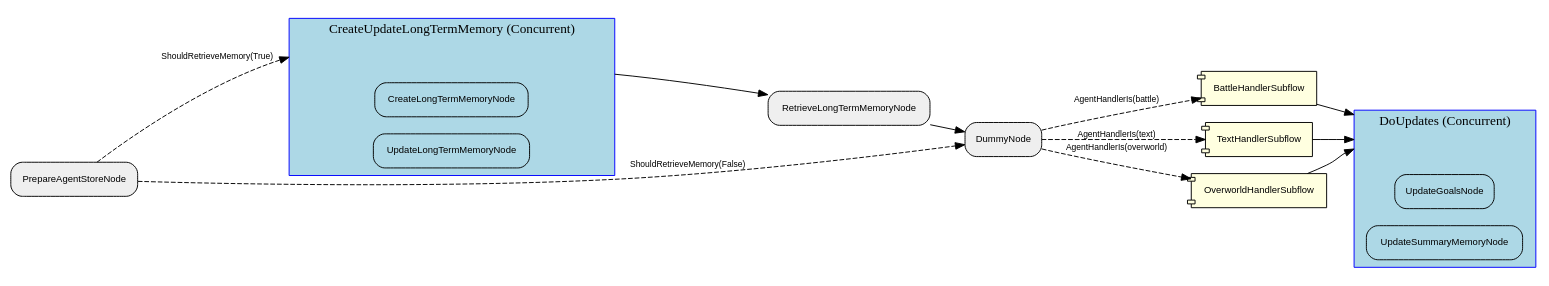
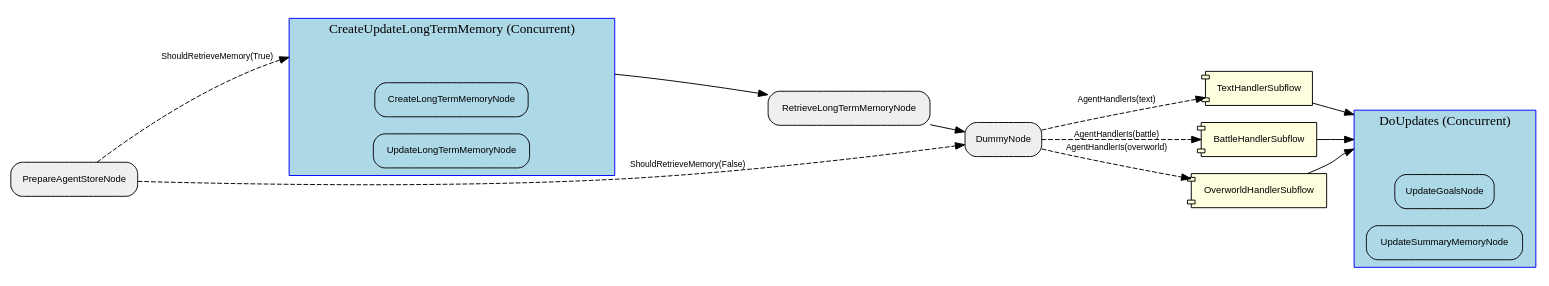
Before and after one commit to clambro/ai-plays-pokemon: the diagram in visualization/agent_graph/Graph.dot, drawn with Graphviz. The commit also changed 21 other files, not shown here.

```diff
--- a/visualization/agent_graph/Graph.dot
+++ b/visualization/agent_graph/Graph.dot
@@ -1,44 +1,44 @@
 digraph "G" {
   rankdir=LR;
   compound=true;
   node [shape=box, style="rounded,filled", fillcolor="#EFEFEF", fontname="Helvetica", fontsize=10];
   edge [fontname="Helvetica", fontsize=9];
-  subgraph "cluster_1XstHVdUO9Z0VeEolFwc2" {
+  subgraph "cluster_yr0N3b419Lz5syolfQg82" {
     label="DoUpdates (Concurrent)";
     style="filled"; fillcolor="lightblue"; color="blue";
     node [fillcolor="lightblue", style="filled,rounded"];
-    "1XstHVdUO9Z0VeEolFwc2__entry" [label="", shape=point, width=0.01, style=invis];
-    "1XstHVdUO9Z0VeEolFwc2__exit"  [label="", shape=point, width=0.01, style=invis];
-    X06oYKx1sQJd1b00PXtzh [label="UpdateGoalsNode"];
-    ekrx8zmjMhGfEJwLFrxTa [label="UpdateSummaryMemoryNode"];
+    "yr0N3b419Lz5syolfQg82__entry" [label="", shape=point, width=0.01, style=invis];
+    "yr0N3b419Lz5syolfQg82__exit"  [label="", shape=point, width=0.01, style=invis];
+    JqnAI7C8dToOK1fTL5eZo [label="UpdateGoalsNode"];
+    "6ozgL30RaPGuxezzRLGLi" [label="UpdateSummaryMemoryNode"];
   }
-  subgraph "cluster_0Ihy6KkLY05xOJNAPJGdP" {
+  subgraph "cluster_HgsX5B4iz7p4IQap4c9br" {
     label="CreateUpdateLongTermMemory (Concurrent)";
     style="filled"; fillcolor="lightblue"; color="blue";
     node [fillcolor="lightblue", style="filled,rounded"];
-    "0Ihy6KkLY05xOJNAPJGdP__entry" [label="", shape=point, width=0.01, style=invis];
-    "0Ihy6KkLY05xOJNAPJGdP__exit"  [label="", shape=point, width=0.01, style=invis];
-    la56P3KDq8T8nWJE01mBK [label="CreateLongTermMemoryNode"];
-    "0cFOgTKE93EloAVyvgHpE" [label="UpdateLongTermMemoryNode"];
+    "HgsX5B4iz7p4IQap4c9br__entry" [label="", shape=point, width=0.01, style=invis];
+    "HgsX5B4iz7p4IQap4c9br__exit"  [label="", shape=point, width=0.01, style=invis];
+    gh62H5SmLv3vY4DktEvdC [label="CreateLongTermMemoryNode"];
+    grWIOyXkE9Wqsh8H3tL78 [label="UpdateLongTermMemoryNode"];
   }
-  eQnKhsyGUSlB4zqJcIvKM [label="DummyNode"];
-  ekrx8zmjMhGfEJwLFrxTa [label="UpdateSummaryMemoryNode"];
-  la56P3KDq8T8nWJE01mBK [label="CreateLongTermMemoryNode"];
-  "6SefxfRRuhdSvgmkq9leZ" [label="BattleHandlerSubflow", shape=component, style="filled,rounded", fillcolor="lightyellow"];
-  "7EcA77LFSMhYz3s1SLvCW" [label="RetrieveLongTermMemoryNode"];
-  "0cFOgTKE93EloAVyvgHpE" [label="UpdateLongTermMemoryNode"];
-  J2EDXATIL7oUsUnx0DQJI [label="PrepareAgentStoreNode"];
-  OapdZq7B69Wz7WVm2Sgjl [label="TextHandlerSubflow", shape=component, style="filled,rounded", fillcolor="lightyellow"];
-  X06oYKx1sQJd1b00PXtzh [label="UpdateGoalsNode"];
-  kUabYn5S41R72DYKAv8Lz [label="OverworldHandlerSubflow", shape=component, style="filled,rounded", fillcolor="lightyellow"];
-  J2EDXATIL7oUsUnx0DQJI -> "0Ihy6KkLY05xOJNAPJGdP__entry" [lhead="cluster_0Ihy6KkLY05xOJNAPJGdP", style="dashed", label="ShouldRetrieveMemory(True)"];
-  "0Ihy6KkLY05xOJNAPJGdP__exit" -> "7EcA77LFSMhYz3s1SLvCW" [ltail="cluster_0Ihy6KkLY05xOJNAPJGdP", style="solid"];
-  J2EDXATIL7oUsUnx0DQJI -> eQnKhsyGUSlB4zqJcIvKM [style="dashed", label="ShouldRetrieveMemory(False)"];
-  "7EcA77LFSMhYz3s1SLvCW" -> eQnKhsyGUSlB4zqJcIvKM [style="solid"];
-  eQnKhsyGUSlB4zqJcIvKM -> kUabYn5S41R72DYKAv8Lz [style="dashed", label="AgentHandlerIs(overworld)"];
-  eQnKhsyGUSlB4zqJcIvKM -> "6SefxfRRuhdSvgmkq9leZ" [style="dashed", label="AgentHandlerIs(battle)"];
-  eQnKhsyGUSlB4zqJcIvKM -> OapdZq7B69Wz7WVm2Sgjl [style="dashed", label="AgentHandlerIs(text)"];
-  OapdZq7B69Wz7WVm2Sgjl -> "1XstHVdUO9Z0VeEolFwc2__entry" [lhead="cluster_1XstHVdUO9Z0VeEolFwc2", style="solid"];
-  "6SefxfRRuhdSvgmkq9leZ" -> "1XstHVdUO9Z0VeEolFwc2__entry" [lhead="cluster_1XstHVdUO9Z0VeEolFwc2", style="solid"];
-  kUabYn5S41R72DYKAv8Lz -> "1XstHVdUO9Z0VeEolFwc2__entry" [lhead="cluster_1XstHVdUO9Z0VeEolFwc2", style="solid"];
+  hwGOEpBNuby3kQ85Qic7Z [label="DummyNode"];
+  hTcnekvwiawNXUFuoyRGi [label="TextHandlerSubflow", shape=component, style="filled,rounded", fillcolor="lightyellow"];
+  pkJbi0LbEmPG9d462MI73 [label="RetrieveLongTermMemoryNode"];
+  "6ozgL30RaPGuxezzRLGLi" [label="UpdateSummaryMemoryNode"];
+  YaxBJReH54RipkYyCN7Bf [label="BattleHandlerSubflow", shape=component, style="filled,rounded", fillcolor="lightyellow"];
+  "0u67pB4PA9Fmq7XnnHjGl" [label="OverworldHandlerSubflow", shape=component, style="filled,rounded", fillcolor="lightyellow"];
+  grWIOyXkE9Wqsh8H3tL78 [label="UpdateLongTermMemoryNode"];
+  gh62H5SmLv3vY4DktEvdC [label="CreateLongTermMemoryNode"];
+  JqnAI7C8dToOK1fTL5eZo [label="UpdateGoalsNode"];
+  TLViOqSjzbyO6WTFPEfr4 [label="PrepareAgentStoreNode"];
+  TLViOqSjzbyO6WTFPEfr4 -> HgsX5B4iz7p4IQap4c9br__entry [lhead="cluster_HgsX5B4iz7p4IQap4c9br", style="dashed", label="ShouldRetrieveMemory(True)"];
+  HgsX5B4iz7p4IQap4c9br__exit -> pkJbi0LbEmPG9d462MI73 [ltail="cluster_HgsX5B4iz7p4IQap4c9br", style="solid"];
+  TLViOqSjzbyO6WTFPEfr4 -> hwGOEpBNuby3kQ85Qic7Z [style="dashed", label="ShouldRetrieveMemory(False)"];
+  pkJbi0LbEmPG9d462MI73 -> hwGOEpBNuby3kQ85Qic7Z [style="solid"];
+  hwGOEpBNuby3kQ85Qic7Z -> "0u67pB4PA9Fmq7XnnHjGl" [style="dashed", label="AgentHandlerIs(overworld)"];
+  hwGOEpBNuby3kQ85Qic7Z -> YaxBJReH54RipkYyCN7Bf [style="dashed", label="AgentHandlerIs(battle)"];
+  hwGOEpBNuby3kQ85Qic7Z -> hTcnekvwiawNXUFuoyRGi [style="dashed", label="AgentHandlerIs(text)"];
+  hTcnekvwiawNXUFuoyRGi -> yr0N3b419Lz5syolfQg82__entry [lhead="cluster_yr0N3b419Lz5syolfQg82", style="solid"];
+  YaxBJReH54RipkYyCN7Bf -> yr0N3b419Lz5syolfQg82__entry [lhead="cluster_yr0N3b419Lz5syolfQg82", style="solid"];
+  "0u67pB4PA9Fmq7XnnHjGl" -> yr0N3b419Lz5syolfQg82__entry [lhead="cluster_yr0N3b419Lz5syolfQg82", style="solid"];
 }
```
